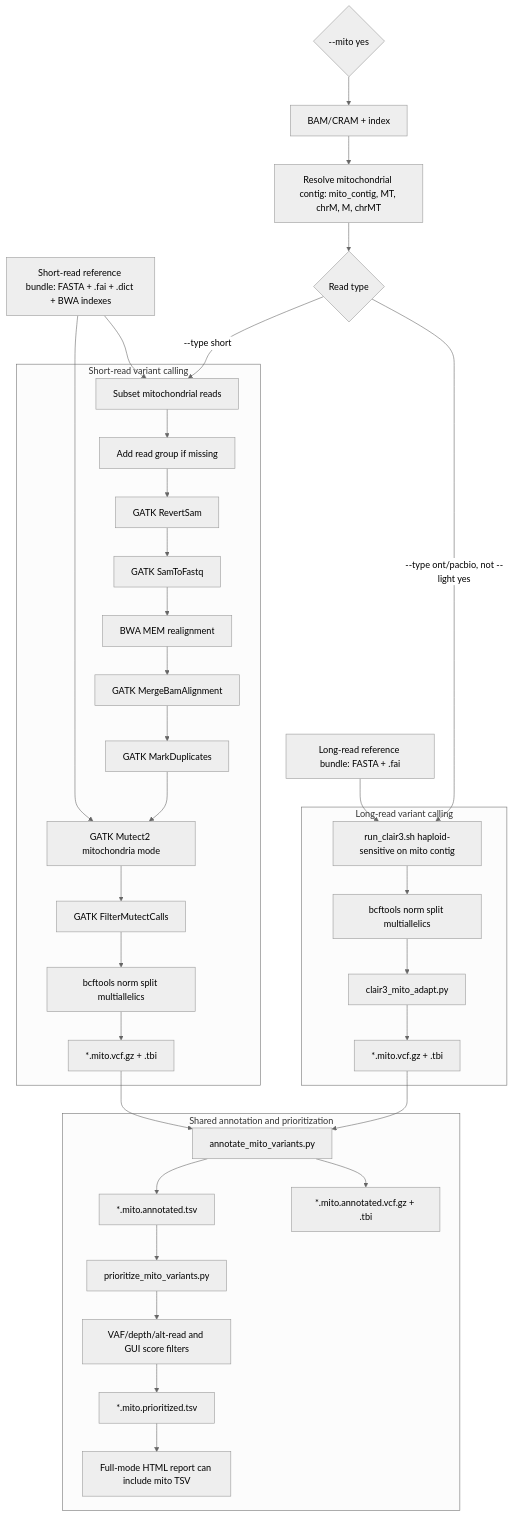
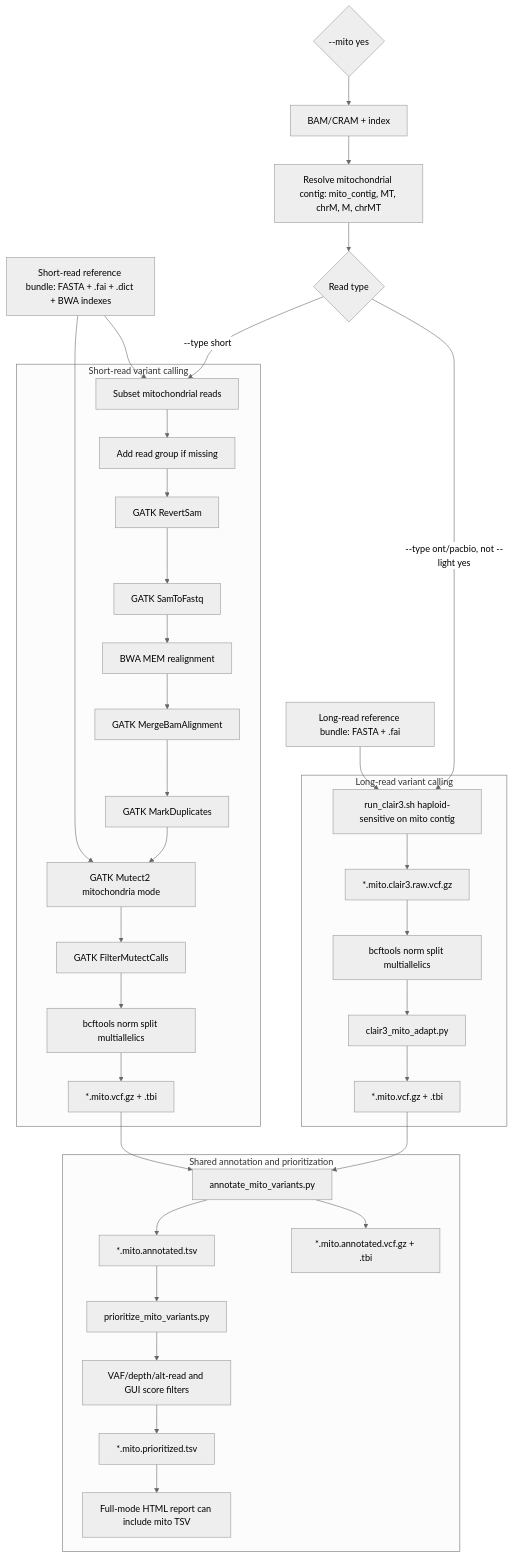
The seventh of 7 diagrams in docs/WORKFLOW.md (WGLab/PipeVar), drawn with Mermaid (neutral theme) before and after one commit. The commit also changed other lines of this file and 48 other files, not shown here.

````diff
--- a/docs/WORKFLOW.md
+++ b/docs/WORKFLOW.md
@@ -389,55 +391,56 @@
 ```mermaid
 flowchart TD
     enable{"--mito yes"}
     bam["BAM/CRAM + index"]
     refShort["Short-read reference bundle: FASTA + .fai + .dict + BWA indexes"]
     refLong["Long-read reference bundle: FASTA + .fai"]
     contig["Resolve mitochondrial contig: mito_contig, MT, chrM, M, chrMT"]
     readType{"Read type"}
 
     subgraph short["Short-read variant calling"]
         subset["Subset mitochondrial reads"]
         rg["Add read group if missing"]
         revert["GATK RevertSam"]
         fastq["GATK SamToFastq"]
         realign["BWA MEM realignment"]
         merge["GATK MergeBamAlignment"]
         markdup["GATK MarkDuplicates"]
         mutect["GATK Mutect2 mitochondria mode"]
         filter["GATK FilterMutectCalls"]
         normShort["bcftools norm split multiallelics"]
         shortVcf["*.mito.vcf.gz + .tbi"]
     end
 
     subgraph long["Long-read variant calling"]
         clair["run_clair3.sh haploid-sensitive on mito contig"]
+        rawLong["*.mito.clair3.raw.vcf.gz"]
         normLong["bcftools norm split multiallelics"]
         adapt["clair3_mito_adapt.py"]
         longVcf["*.mito.vcf.gz + .tbi"]
     end
 
     subgraph annotate["Shared annotation and prioritization"]
         anno["annotate_mito_variants.py"]
         annoTsv["*.mito.annotated.tsv"]
         annoVcf["*.mito.annotated.vcf.gz + .tbi"]
         prio["prioritize_mito_variants.py"]
         filters["VAF/depth/alt-read and GUI score filters"]
         prioTsv["*.mito.prioritized.tsv"]
         final["Full-mode HTML report can include mito TSV"]
     end
 
     enable --> bam --> contig --> readType
     refShort --> subset
     refShort --> mutect
     refLong --> clair
     readType -->|"--type short"| subset
     readType -->|"--type ont/pacbio, not --light yes"| clair
 
     subset --> rg --> revert --> fastq --> realign --> merge --> markdup --> mutect --> filter --> normShort --> shortVcf
-    clair --> normLong --> adapt --> longVcf
+    clair --> rawLong --> normLong --> adapt --> longVcf
     shortVcf --> anno
     longVcf --> anno
     anno --> annoTsv --> prio
     anno --> annoVcf
     prio --> filters --> prioTsv --> final
 ```
````
